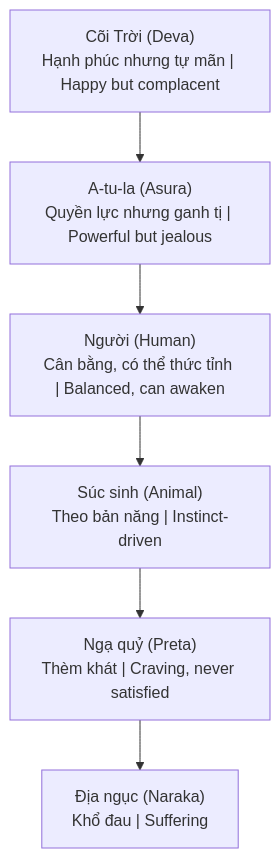
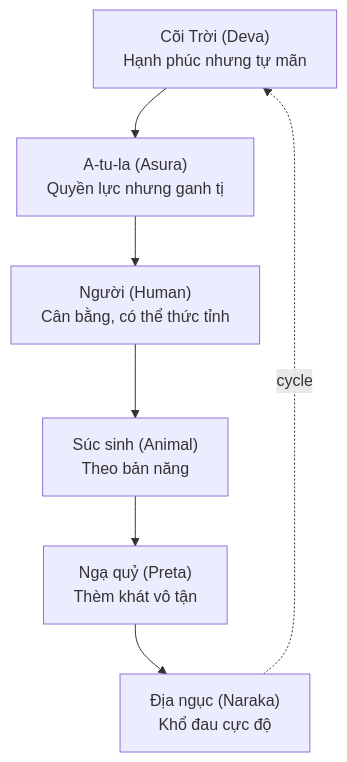
The first of 4 diagrams in esoterica/Atula.md (dyukahi/knowledge), drawn with Mermaid before and after one commit. The commit also changed other lines of this file and 2 other files, not shown here.

Commit message:
Add: Ma Trận Đa Tầng (meta framework) + Expand Atula with human world influence

````diff
--- a/esoterica/Atula.md
+++ b/esoterica/Atula.md
@@ -17,11 +23,12 @@
 ```mermaid
 flowchart TB
-    D["Cõi Trời (Deva)<br/>Hạnh phúc nhưng tự mãn | Happy but complacent"]
-    A["A-tu-la (Asura)<br/>Quyền lực nhưng ganh tị | Powerful but jealous"]
-    H["Người (Human)<br/>Cân bằng, có thể thức tỉnh | Balanced, can awaken"]
-    An["Súc sinh (Animal)<br/>Theo bản năng | Instinct-driven"]
-    P["Ngạ quỷ (Preta)<br/>Thèm khát | Craving, never satisfied"]
-    N["Địa ngục (Naraka)<br/>Khổ đau | Suffering"]
+    D["Cõi Trời (Deva)<br/>Hạnh phúc nhưng tự mãn"]
+    A["A-tu-la (Asura)<br/>Quyền lực nhưng ganh tị"]
+    H["Người (Human)<br/>Cân bằng, có thể thức tỉnh"]
+    An["Súc sinh (Animal)<br/>Theo bản năng"]
+    P["Ngạ quỷ (Preta)<br/>Thèm khát vô tận"]
+    N["Địa ngục (Naraka)<br/>Khổ đau cực độ"]
     
     D --> A --> H --> An --> P --> N
+    N -.->|"cycle"| D
 ```
````
